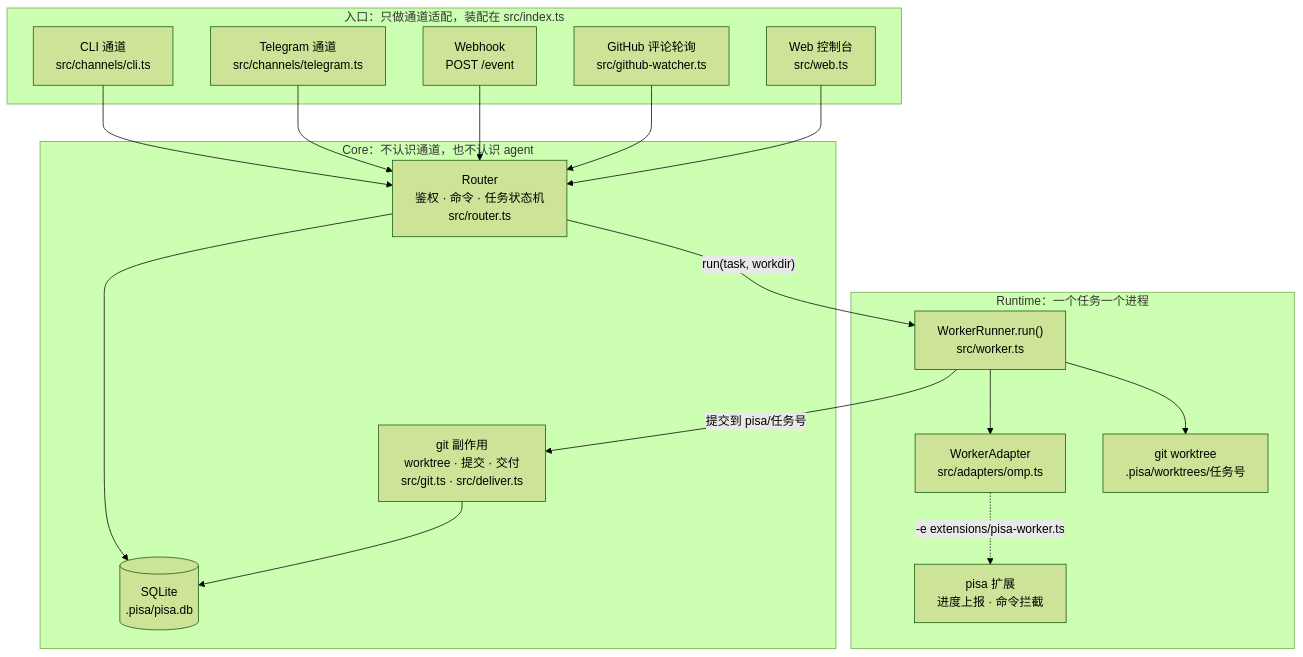
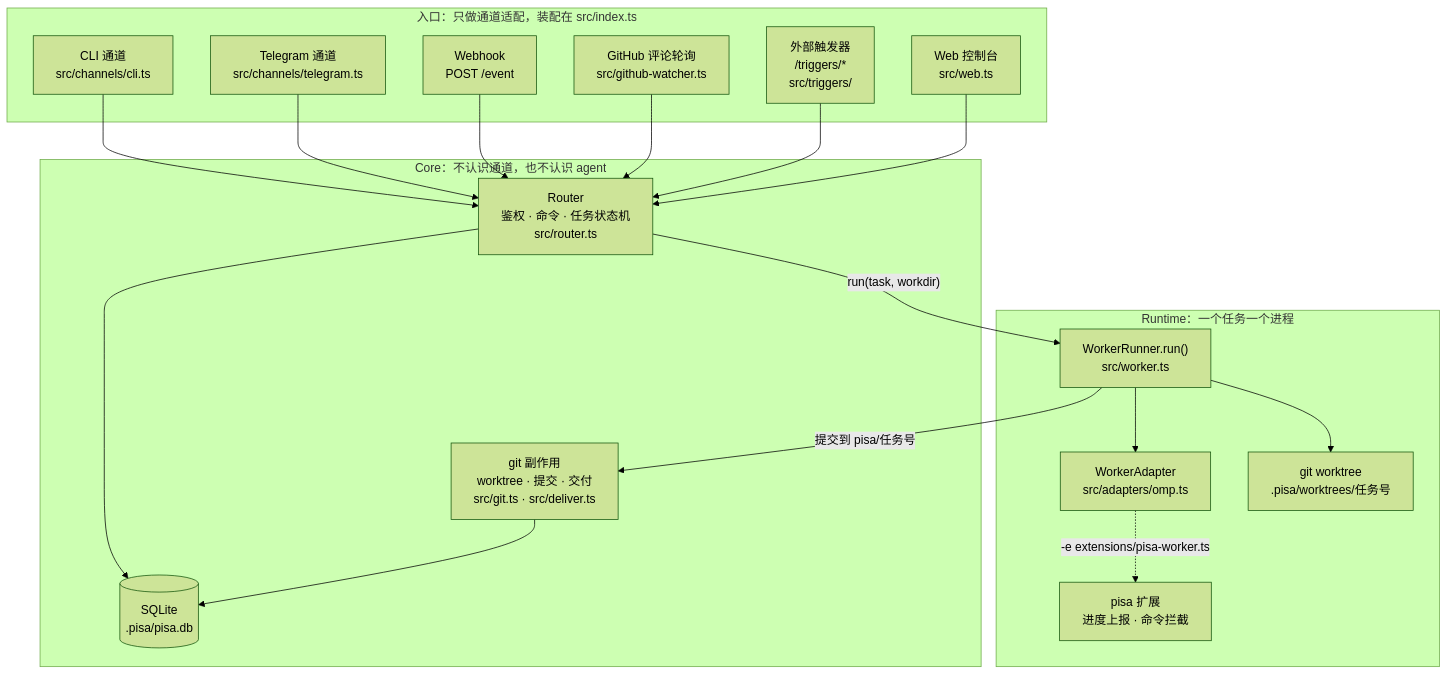
One commit to qqlzfmn/pisa changed the diagram in README.md. Above: the diagram before and after it, drawn with Mermaid (forest theme). The commit also changed other lines of this file and 20 other files, not shown here.

````diff
--- a/README.md
+++ b/README.md
@@ -83,36 +83,38 @@
 ```mermaid
 flowchart TB
     subgraph entry["入口：只做通道适配，装配在 src/index.ts"]
         cli["CLI 通道<br/>src/channels/cli.ts"]
         tg["Telegram 通道<br/>src/channels/telegram.ts"]
         hook["Webhook<br/>POST /event"]
         gh["GitHub 评论轮询<br/>src/github-watcher.ts"]
+        trg["外部触发器<br/>/triggers/*<br/>src/triggers/"]
         web["Web 控制台<br/>src/web.ts"]
     end
 
     subgraph core["Core：不认识通道，也不认识 agent"]
         router["Router<br/>鉴权 · 命令 · 任务状态机<br/>src/router.ts"]
         store[("SQLite<br/>.pisa/pisa.db")]
         gitops["git 副作用<br/>worktree · 提交 · 交付<br/>src/git.ts · src/deliver.ts"]
     end
 
     subgraph runtime["Runtime：一个任务一个进程"]
         runner["WorkerRunner.run()<br/>src/worker.ts"]
         adapter["WorkerAdapter<br/>src/adapters/omp.ts"]
         ext["pisa 扩展<br/>进度上报 · 命令拦截"]
         wt["git worktree<br/>.pisa/worktrees/任务号"]
     end
 
     cli --> router
     tg --> router
     hook --> router
     gh --> router
+    trg --> router
     web --> router
     router --> store
     router -->|"run(task, workdir)"| runner
     runner --> wt
     runner --> adapter
     adapter -.->|"-e extensions/pisa-worker.ts"| ext
     runner -->|"提交到 pisa/任务号"| gitops
     gitops --> store
 ```
````
